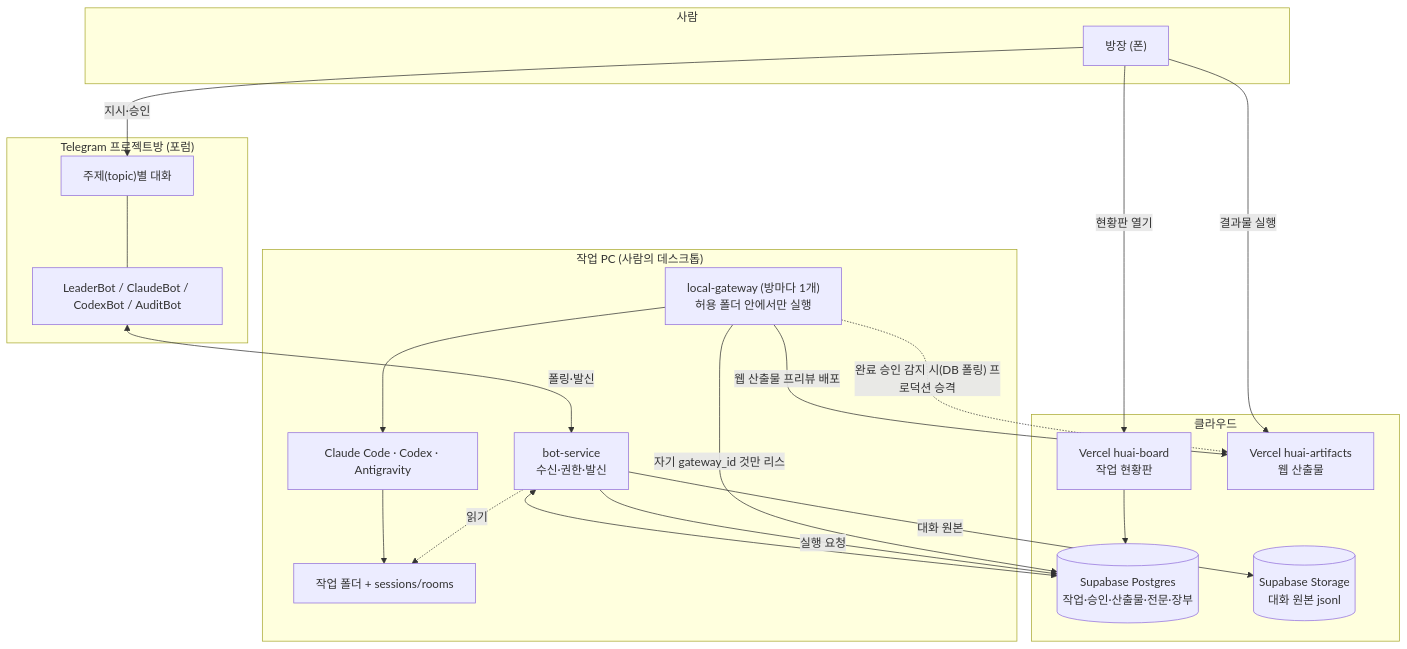
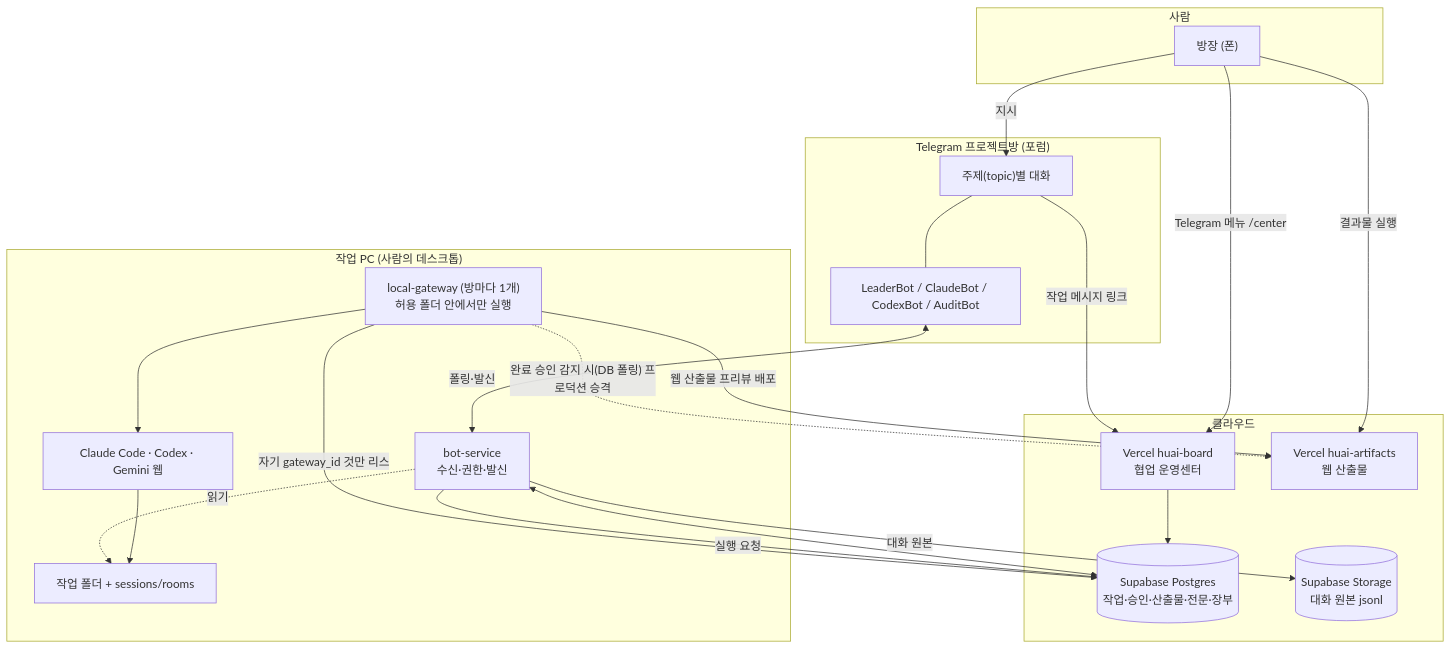
One commit to SUNWOONGKYU/HuAIChatroomSystem changed the diagram in docs/시스템_관계도.md. Above: the diagram before and after it, drawn with Mermaid. The commit also changed other lines of this file and 18 other files, not shown here.

````diff
--- a/docs/시스템_관계도.md
+++ b/docs/시스템_관계도.md
@@ -9,41 +9,42 @@
 ```mermaid
 graph TB
   subgraph 사람["사람"]
     OWNER["방장 (폰)"]
   end
 
   subgraph TG["Telegram 프로젝트방 (포럼)"]
     TOPIC["주제(topic)별 대화"]
     BOTS["LeaderBot / ClaudeBot / CodexBot / AuditBot"]
   end
 
   subgraph PC["작업 PC (사람의 데스크톱)"]
     BOT["bot-service<br/>수신·권한·발신"]
     GW1["local-gateway (방마다 1개)<br/>허용 폴더 안에서만 실행"]
-    CLI["Claude Code · Codex · Antigravity"]
+    CLI["Claude Code · Codex · Gemini 웹"]
     FILES["작업 폴더 + sessions/rooms"]
   end
 
   subgraph CLOUD["클라우드"]
     DB[("Supabase Postgres<br/>작업·승인·산출물·전문·장부")]
     ST[("Supabase Storage<br/>대화 원본 jsonl")]
-    BOARD["Vercel huai-board<br/>작업 현황판"]
+    BOARD["Vercel huai-board<br/>협업 운영센터"]
     ART["Vercel huai-artifacts<br/>웹 산출물"]
   end
 
-  OWNER -->|지시·승인| TOPIC
+  OWNER -->|지시| TOPIC
   TOPIC --- BOTS
   BOTS <-->|폴링·발신| BOT
   BOT <--> DB
   BOT -->|실행 요청| DB
   GW1 -->|자기 gateway_id 것만 리스| DB
   GW1 --> CLI
   CLI --> FILES
   GW1 -->|웹 산출물 프리뷰 배포| ART
   GW1 -.완료 승인 감지 시(DB 폴링) 프로덕션 승격.-> ART
   BOT -->|대화 원본| ST
-  OWNER -->|현황판 열기| BOARD
+  OWNER -->|Telegram 메뉴 /center| BOARD
+  TOPIC -->|작업 메시지 링크| BOARD
   BOARD --> DB
   OWNER -->|결과물 실행| ART
   BOT -.읽기.-> FILES
 ```
````
